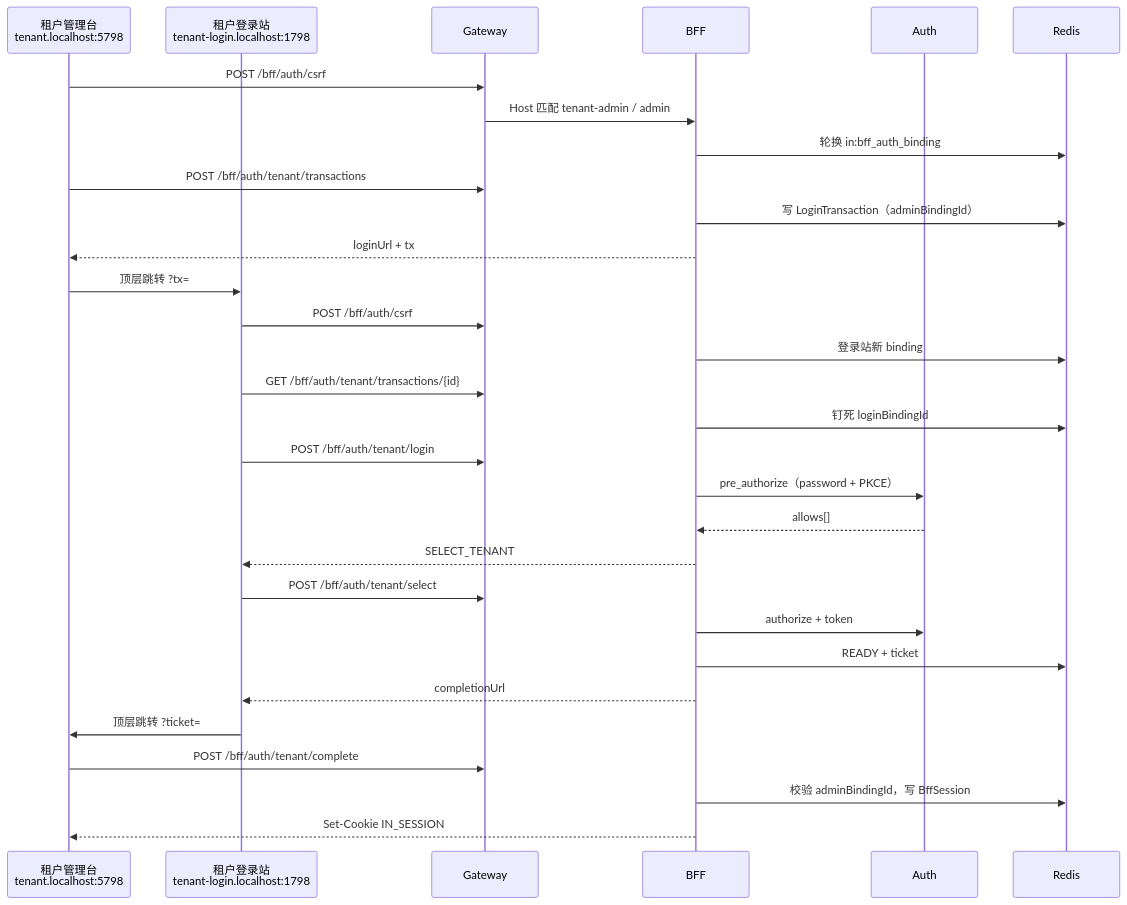
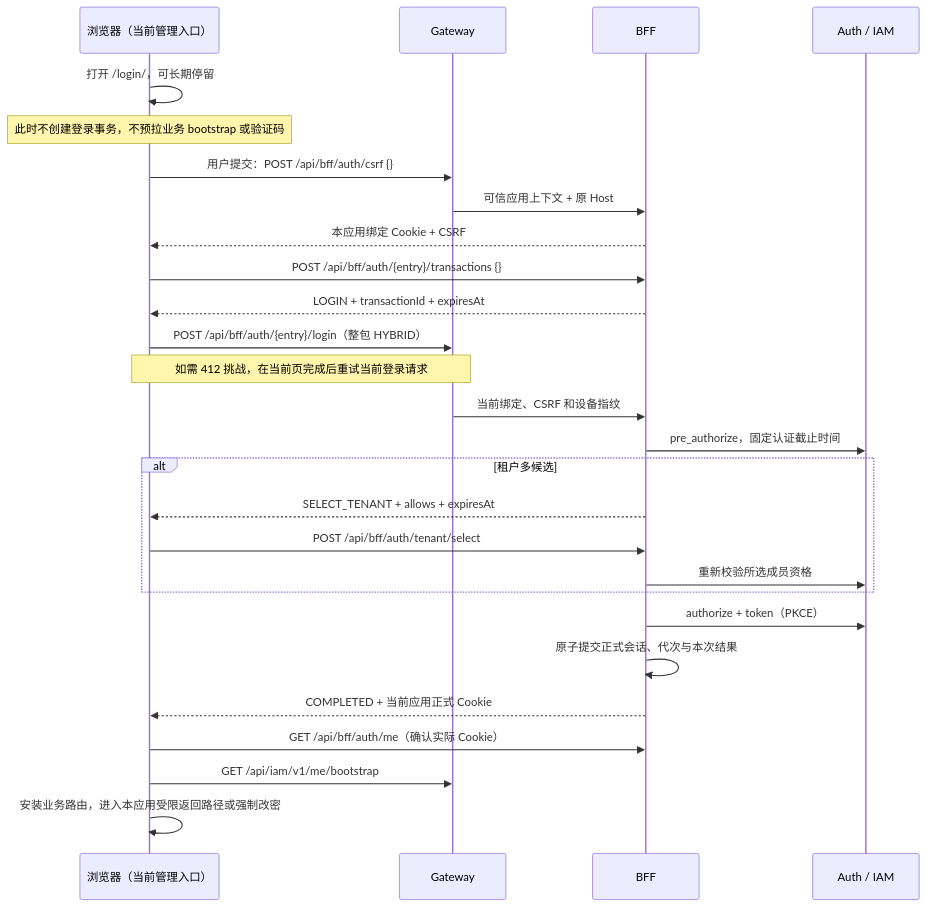
Before and after one commit to ingot-cloud/ingot: the diagram in docs/modules/authorization-server/BFF-AUTH-FLOW.md, drawn with Mermaid. The commit also changed other lines of this file and 26 other files, not shown here.

````diff
--- a/docs/modules/authorization-server/BFF-AUTH-FLOW.md
+++ b/docs/modules/authorization-server/BFF-AUTH-FLOW.md
@@ -123,35 +28,29 @@
 ```mermaid
 sequenceDiagram
-    participant Admin as 租户管理台<br/>tenant.localhost:5798
-    participant Login as 租户登录站<br/>tenant-login.localhost:1798
-    participant GW as Gateway
-    participant BFF as BFF
-    participant Auth as Auth
-    participant Redis as Redis
-
-    Admin->>GW: POST /bff/auth/csrf
-    GW->>BFF: Host 匹配 tenant-admin / admin
-    BFF->>Redis: 轮换 in:bff_auth_binding
-    Admin->>GW: POST /bff/auth/tenant/transactions
-    BFF->>Redis: 写 LoginTransaction（adminBindingId）
-    BFF-->>Admin: loginUrl + tx
-    Admin->>Login: 顶层跳转 ?tx=
-
-    Login->>GW: POST /bff/auth/csrf
-    BFF->>Redis: 登录站新 binding
-    Login->>GW: GET /bff/auth/tenant/transactions/{id}
-    BFF->>Redis: 钉死 loginBindingId
-    Login->>GW: POST /bff/auth/tenant/login
-    BFF->>Auth: pre_authorize（password + PKCE）
-    Auth-->>BFF: allows[]
-    BFF-->>Login: SELECT_TENANT
-    Login->>GW: POST /bff/auth/tenant/select
-    BFF->>Auth: authorize + token
-    BFF->>Redis: READY + ticket
-    BFF-->>Login: completionUrl
-    Login->>Admin: 顶层跳转 ?ticket=
-
-    Admin->>GW: POST /bff/auth/tenant/complete
-    BFF->>Redis: 校验 adminBindingId，写 BffSession
-    BFF-->>Admin: Set-Cookie IN_SESSION
+    participant U as 浏览器（当前管理入口）
+    participant G as Gateway
+    participant B as BFF
+    participant A as Auth / IAM
+    U->>U: 打开 /login/，可长期停留
+    Note over U: 此时不创建登录事务，不预拉业务 bootstrap 或验证码
+    U->>G: 用户提交：POST /api/bff/auth/csrf {}
+    G->>B: 可信应用上下文 + 原 Host
+    B-->>U: 本应用绑定 Cookie + CSRF
+    U->>B: POST /api/bff/auth/{entry}/transactions {}
+    B-->>U: LOGIN + transactionId + expiresAt
+    U->>G: POST /api/bff/auth/{entry}/login（整包 HYBRID）
+    Note over U,G: 如需 412 挑战，在当前页完成后重试当前登录请求
+    G->>B: 当前绑定、CSRF 和设备指纹
+    B->>A: pre_authorize，固定认证截止时间
+    alt 租户多候选
+        B-->>U: SELECT_TENANT + allows + expiresAt
+        U->>B: POST /api/bff/auth/tenant/select
+        B->>A: 重新校验所选成员资格
+    end
+    B->>A: authorize + token（PKCE）
+    B->>B: 原子提交正式会话、代次与本次结果
+    B-->>U: COMPLETED + 当前应用正式 Cookie
+    U->>B: GET /api/bff/auth/me（确认实际 Cookie）
+    U->>G: GET /api/iam/v1/me/bootstrap
+    U->>U: 安装业务路由，进入本应用受限返回路径或强制改密
 ```
````
